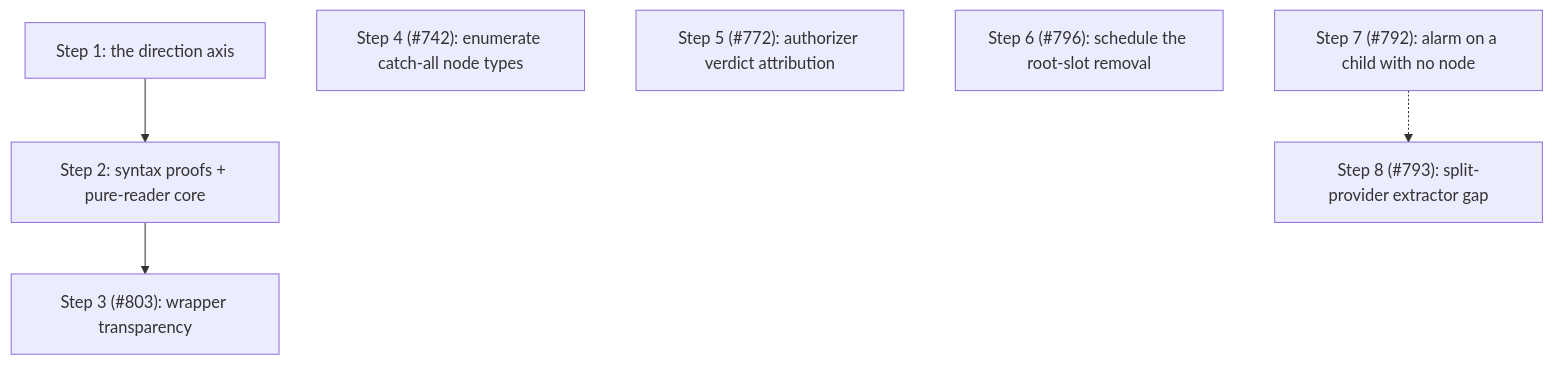
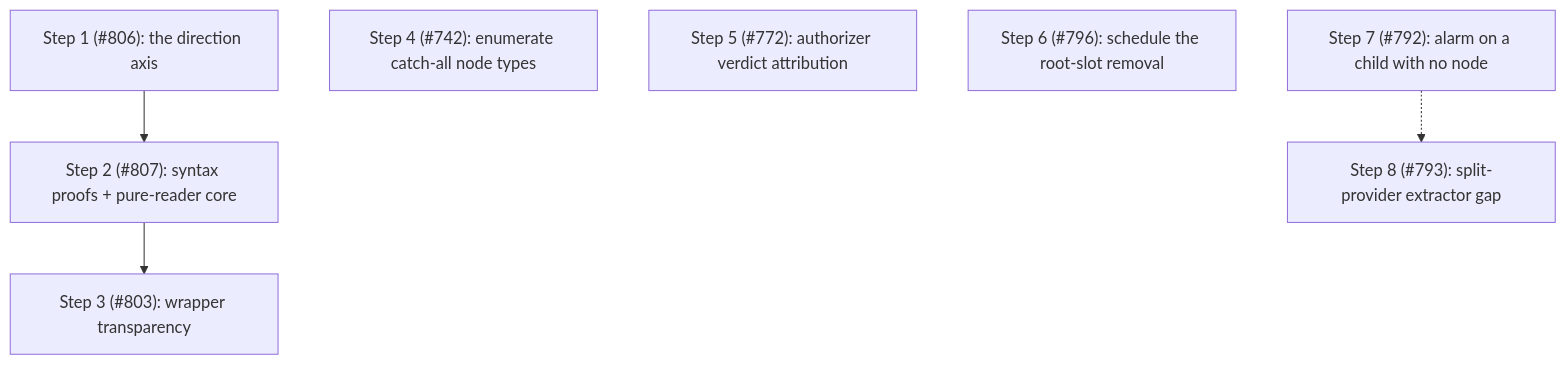
Before and after one commit to gotgenes/pi-packages: the fourth of 4 diagrams in packages/pi-permission-system/docs/architecture/architecture.md, drawn with Mermaid. The commit also changed other lines of this file, not shown here.

Commit message:
docs(pi-permission-system): link Phase 14 roadmap steps to issues #806-#807

````diff
--- a/packages/pi-permission-system/docs/architecture/architecture.md
+++ b/packages/pi-permission-system/docs/architecture/architecture.md
@@ -1178,11 +1179,11 @@
 ```mermaid
 flowchart TD
-    S1["Step 1: the direction axis"] --> S2["Step 2: syntax proofs + pure-reader core"]
+    S1["Step 1 (#806): the direction axis"] --> S2["Step 2 (#807): syntax proofs + pure-reader core"]
     S2 --> S3["Step 3 (#803): wrapper transparency"]
     S4["Step 4 (#742): enumerate catch-all node types"]
     S5["Step 5 (#772): authorizer verdict attribution"]
     S6["Step 6 (#796): schedule the root-slot removal"]
     S7["Step 7 (#792): alarm on a child with no node"]
     S8["Step 8 (#793): split-provider extractor gap"]
     S7 -.-> S8
 ```
````
